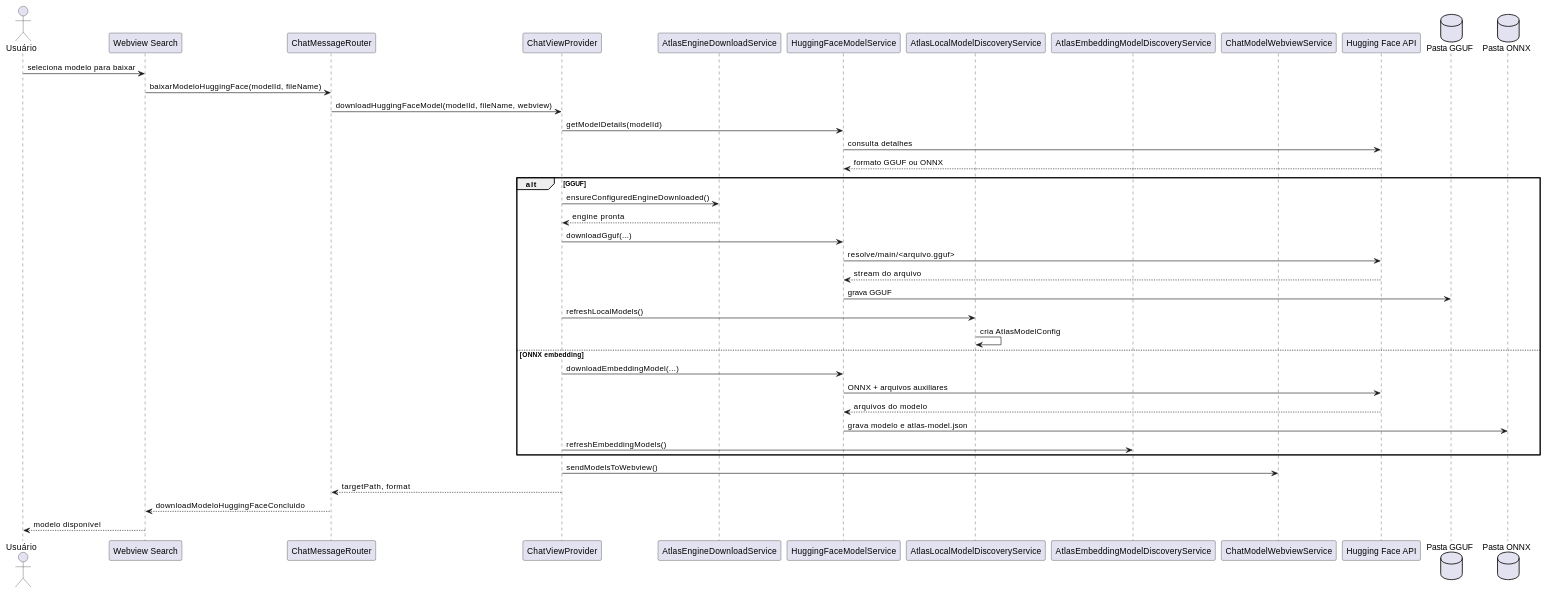
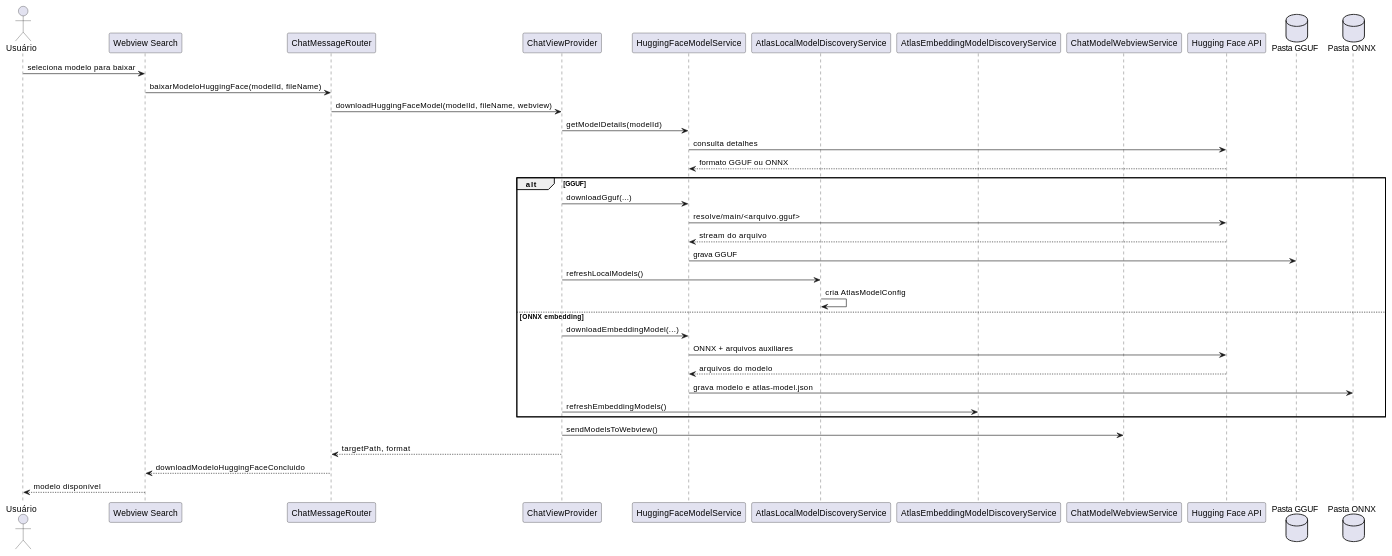
Before and after one commit to JVictorVI/ATLAS: diagram 38 of 40 in docs/plantuml-diagramas-por-caso-de-uso-atlas.md, drawn with PlantUML. The commit also changed other lines of this file and 4 other files, not shown here.

````diff
--- a/docs/plantuml-diagramas-por-caso-de-uso-atlas.md
+++ b/docs/plantuml-diagramas-por-caso-de-uso-atlas.md
@@ -1410,44 +1406,41 @@
 ```plantuml
 @startuml
 skinparam shadowing false
 actor Usuário
 participant "Webview Search" as UI
 participant ChatMessageRouter as Router
 participant ChatViewProvider as Provider
-participant AtlasEngineDownloadService as EngineDownload
 participant HuggingFaceModelService as HF
 participant AtlasLocalModelDiscoveryService as LocalDiscovery
 participant AtlasEmbeddingModelDiscoveryService as EmbeddingDiscovery
 participant ChatModelWebviewService as ModelWebview
 participant "Hugging Face API" as RepoAPI
 database "Pasta GGUF" as ModelDir
 database "Pasta ONNX" as EmbeddingDir
 
 Usuário -> UI : seleciona modelo para baixar
 UI -> Router : baixarModeloHuggingFace(modelId, fileName)
 Router -> Provider : downloadHuggingFaceModel(modelId, fileName, webview)
 Provider -> HF : getModelDetails(modelId)
 HF -> RepoAPI : consulta detalhes
 RepoAPI --> HF : formato GGUF ou ONNX
 alt GGUF
-  Provider -> EngineDownload : ensureConfiguredEngineDownloaded()
-  EngineDownload --> Provider : engine pronta
   Provider -> HF : downloadGguf(...)
   HF -> RepoAPI : resolve/main/<arquivo.gguf>
   RepoAPI --> HF : stream do arquivo
   HF -> ModelDir : grava GGUF
   Provider -> LocalDiscovery : refreshLocalModels()
   LocalDiscovery -> LocalDiscovery : cria AtlasModelConfig
 else ONNX embedding
   Provider -> HF : downloadEmbeddingModel(...)
   HF -> RepoAPI : ONNX + arquivos auxiliares
   RepoAPI --> HF : arquivos do modelo
   HF -> EmbeddingDir : grava modelo e atlas-model.json
   Provider -> EmbeddingDiscovery : refreshEmbeddingModels()
 end
 Provider -> ModelWebview : sendModelsToWebview()
 Provider --> Router : targetPath, format
 Router --> UI : downloadModeloHuggingFaceConcluido
 UI --> Usuário : modelo disponível
 @enduml
 ```
````
